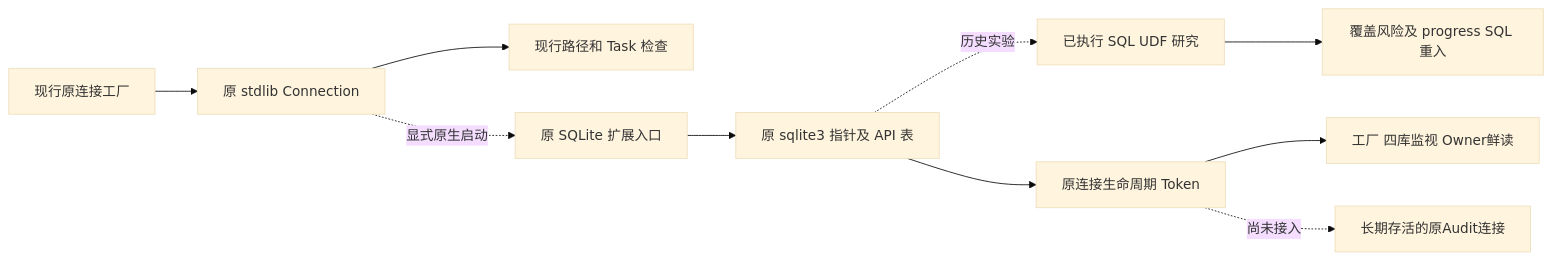
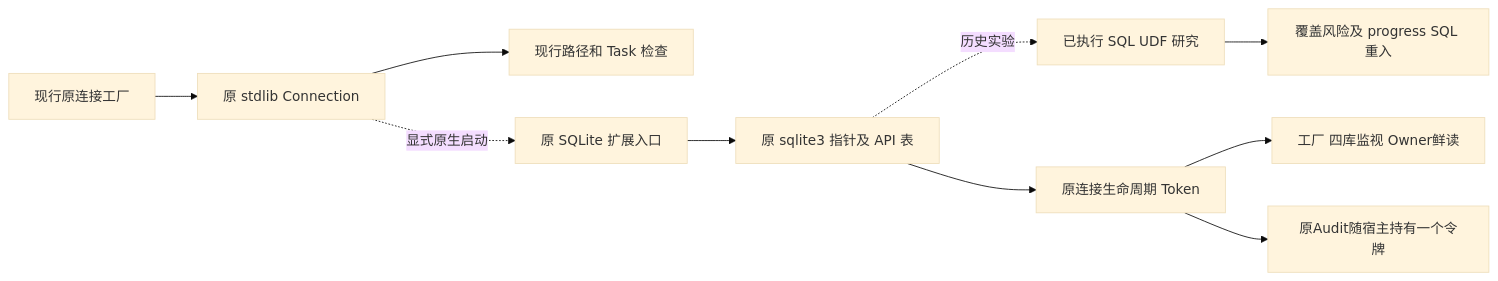
Before and after one commit to carrie1988/Harnessix: the first of 2 diagrams in docs/research/git-sqlite-native-source.md, drawn with Mermaid (base theme). The commit also changed other lines of this file and 9 other files, not shown here.

````diff
--- a/docs/research/git-sqlite-native-source.md
+++ b/docs/research/git-sqlite-native-source.md
@@ -61,12 +62,12 @@
 ```mermaid
 flowchart LR
     Factory[现行原连接工厂] --> Conn[原 stdlib Connection]
     Conn --> Current[现行路径和 Task 检查]
     Conn -. 显式原生启动 .-> Entry[原 SQLite 扩展入口]
     Entry --> API[原 sqlite3 指针及 API 表]
     API -. 历史实验 .-> UDF[已执行 SQL UDF 研究]
     API --> Token[原连接生命周期 Token]
     UDF --> Risk[覆盖风险及 progress SQL 重入]
     Token --> Consumer[工厂 四库监视 Owner鲜读]
-    Token -. 尚未接入 .-> Audit[长期存活的原Audit连接]
+    Token --> Audit[原Audit随宿主持有一个令牌]
 ```
````
